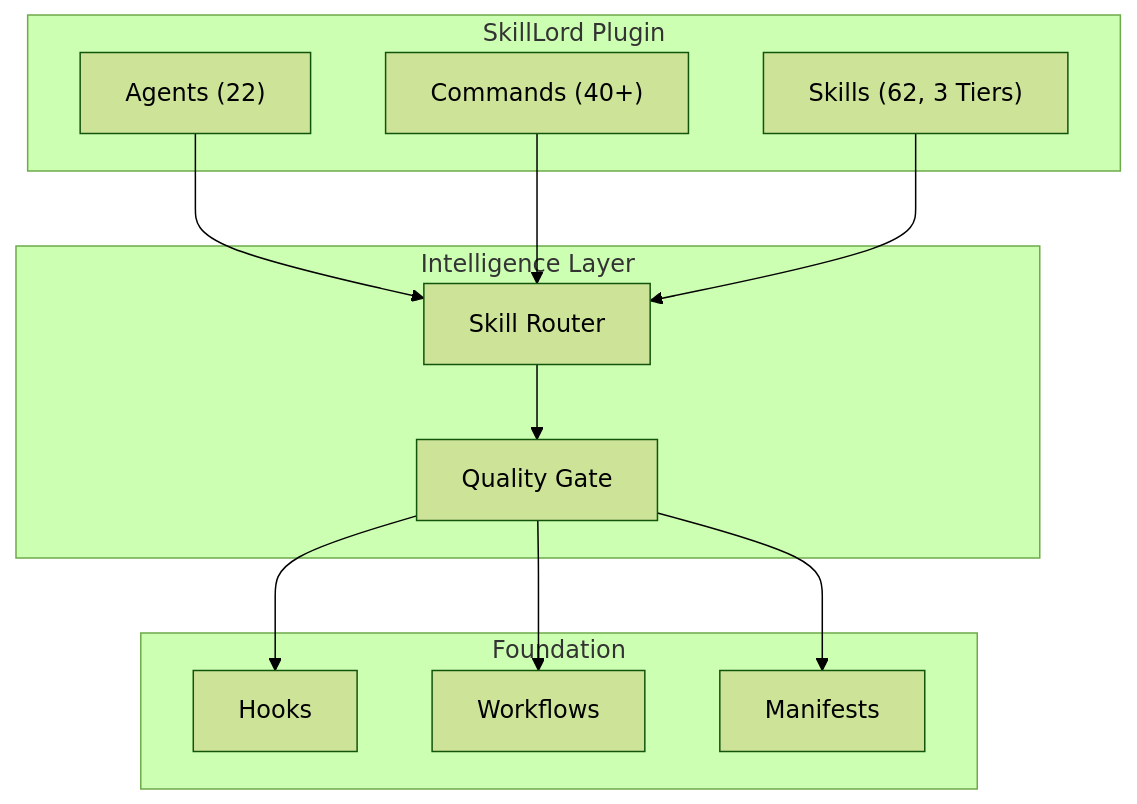
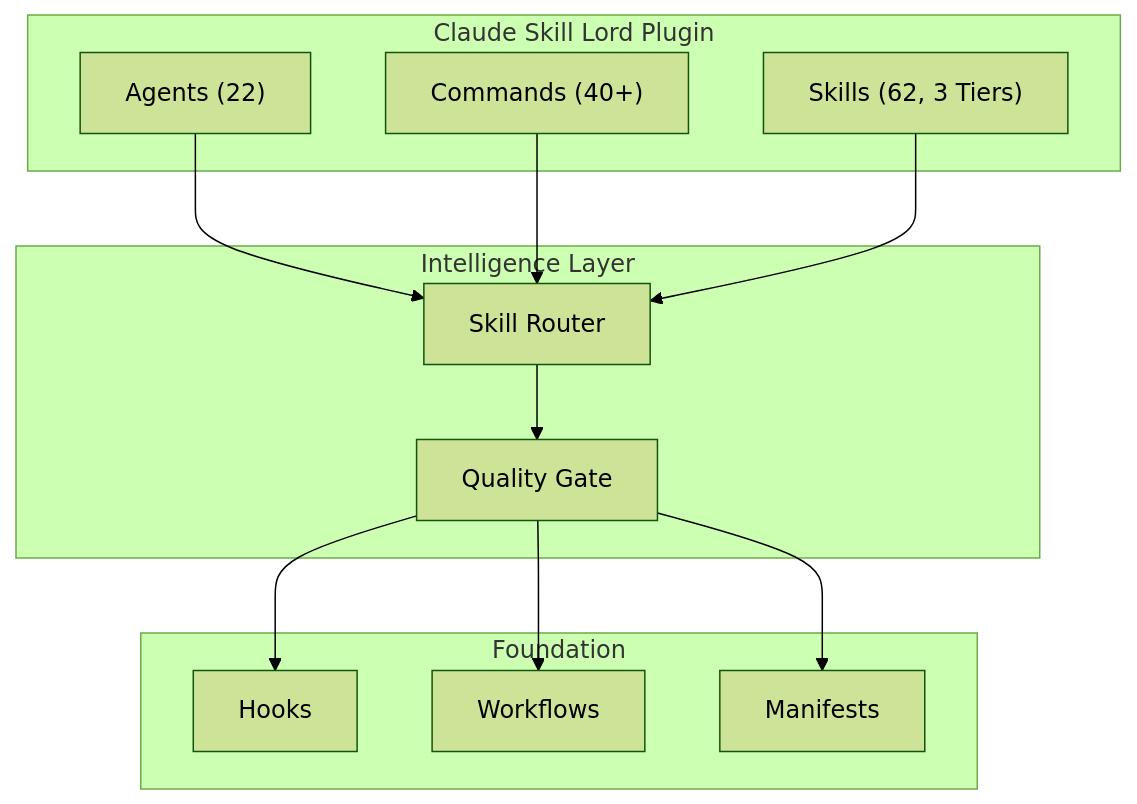
One commit to donganhvuphp/Claude-Skills-Lord changed the diagram in README.md. Above: the diagram before and after it, drawn with Mermaid (forest theme). The commit also changed other lines of this file, not shown here.

Commit message:
docs: rename SkillLord to Claude Skill Lord in README

````diff
--- a/README.md
+++ b/README.md
@@ -79,27 +79,27 @@
 ```mermaid
 graph TD
-    subgraph Plugin["SkillLord Plugin"]
+    subgraph Plugin["Claude Skill Lord Plugin"]
         A["Agents (22)"]
         B["Commands (40+)"]
         C["Skills (62, 3 Tiers)"]
     end
 
     subgraph Intelligence["Intelligence Layer"]
         D["Skill Router"]
         E["Quality Gate"]
     end
 
     subgraph Infra["Foundation"]
         F["Hooks"]
         G["Workflows"]
         H["Manifests"]
     end
 
     A --> D
     B --> D
     C --> D
     D --> E
     E --> F
     E --> G
     E --> H
 ```
````
